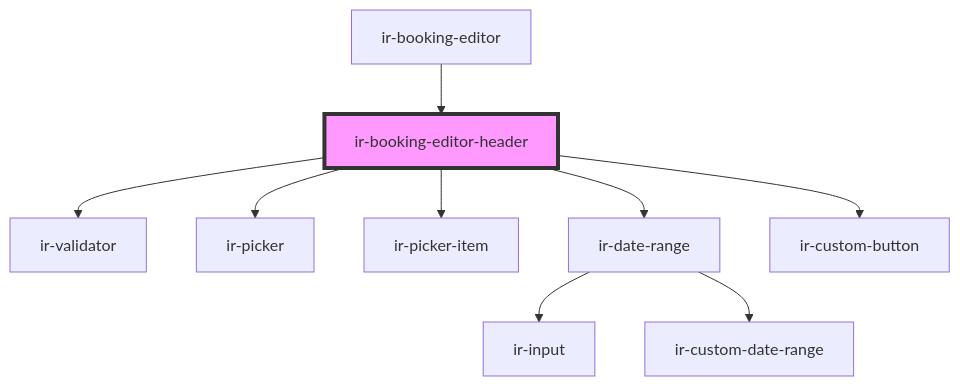
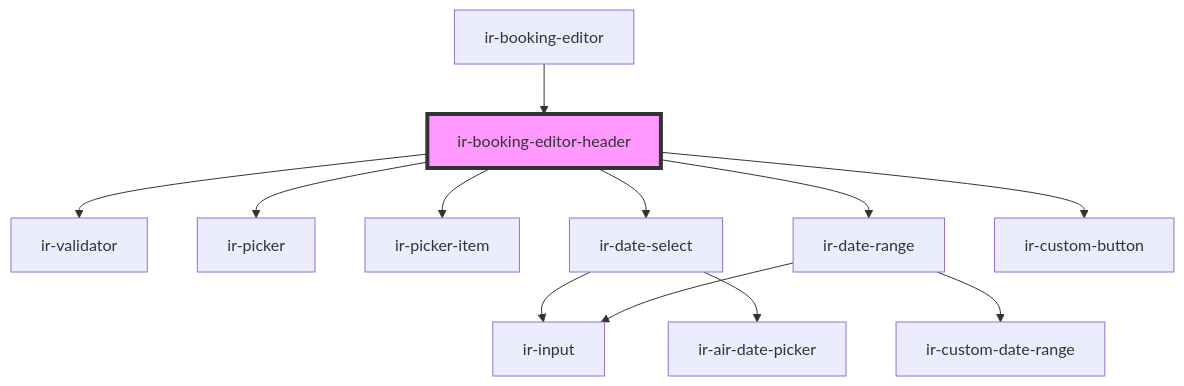
Before and after one commit to RonyRizk/ir-webcmp: the diagram in src/components/igloo-calendar/ir-booking-editor/ir-booking-editor-header/readme.md, drawn with Mermaid. The commit also changed other lines of this file and 244 other files, not shown here.

````diff
--- a/src/components/igloo-calendar/ir-booking-editor/ir-booking-editor-header/readme.md
+++ b/src/components/igloo-calendar/ir-booking-editor/ir-booking-editor-header/readme.md
@@ -43,12 +51,15 @@
 ```mermaid
 graph TD;
   ir-booking-editor-header --> ir-validator
   ir-booking-editor-header --> ir-picker
   ir-booking-editor-header --> ir-picker-item
+  ir-booking-editor-header --> ir-date-select
   ir-booking-editor-header --> ir-date-range
   ir-booking-editor-header --> ir-custom-button
+  ir-date-select --> ir-input
+  ir-date-select --> ir-air-date-picker
   ir-date-range --> ir-input
   ir-date-range --> ir-custom-date-range
   ir-booking-editor --> ir-booking-editor-header
   style ir-booking-editor-header fill:#f9f,stroke:#333,stroke-width:4px
 ```
````
